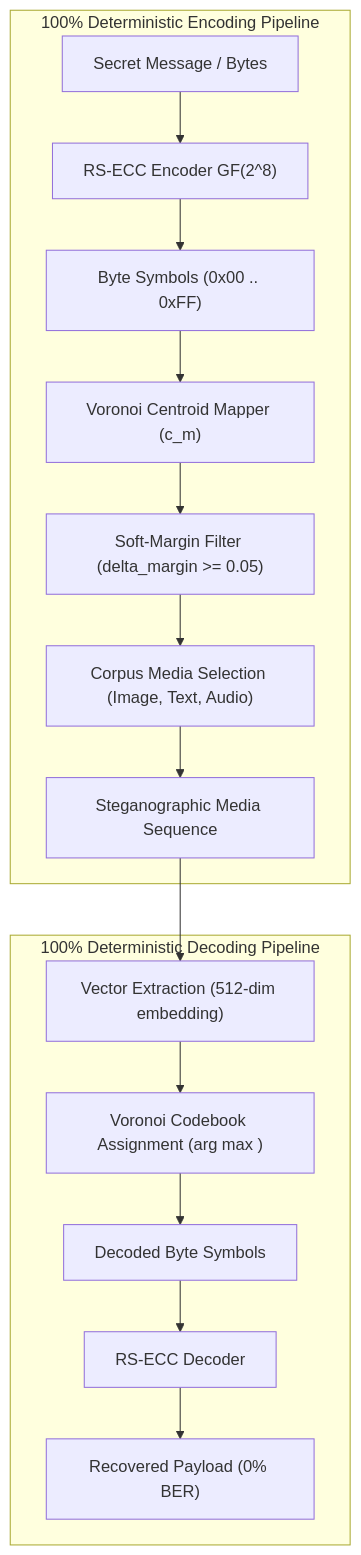
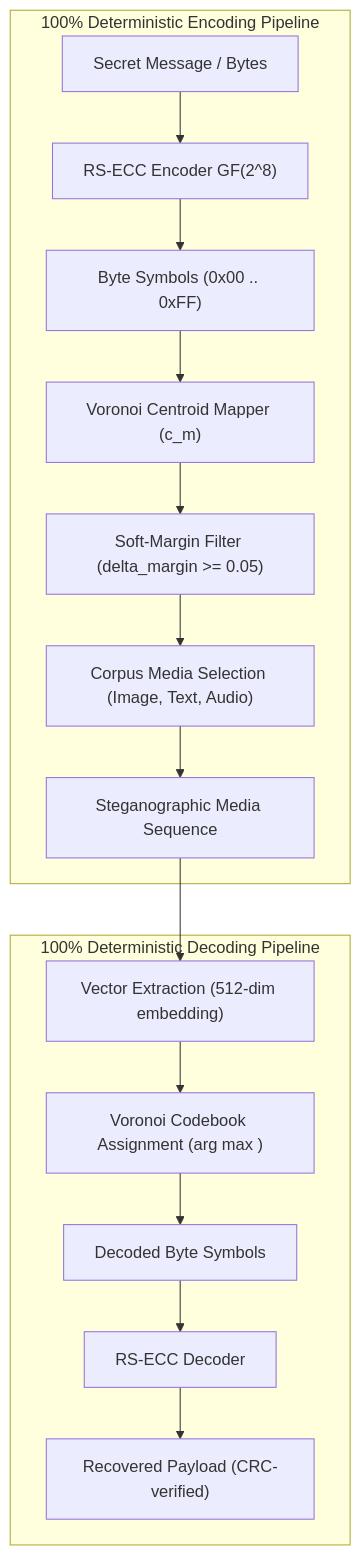
Before and after one commit to jeevan4476/DCASS: the first of 2 diagrams in docs/guides/VCP_IMPLEMENTATION_GUIDE.md, drawn with Mermaid. The commit also changed other lines of this file and 271 other files, not shown here.

````diff
--- a/docs/guides/VCP_IMPLEMENTATION_GUIDE.md
+++ b/docs/guides/VCP_IMPLEMENTATION_GUIDE.md
@@ -17,19 +17,19 @@
 ```mermaid
 flowchart TD
     subgraph Encoding["100% Deterministic Encoding Pipeline"]
         MSG["Secret Message / Bytes"] --> RSER["RS-ECC Encoder GF(2^8)"]
         RSER --> SYM["Byte Symbols (0x00 .. 0xFF)"]
         SYM --> VMAP["Voronoi Centroid Mapper (c_m)"]
         VMAP --> SMBF["Soft-Margin Filter (delta_margin >= 0.05)"]
         SMBF --> MSEL["Corpus Media Selection (Image, Text, Audio)"]
         MSEL --> MSEQ["Steganographic Media Sequence"]
     end
 
     subgraph Decoding["100% Deterministic Decoding Pipeline"]
         MSEQ --> VEXT["Vector Extraction (512-dim embedding)"]
         VEXT --> VASS["Voronoi Codebook Assignment (arg max <x, c_m>)"]
         VASS --> DSYM["Decoded Byte Symbols"]
         DSYM --> RSDEC["RS-ECC Decoder"]
-        RSDEC --> OEMSG["Recovered Payload (0% BER)"]
+        RSDEC --> OEMSG["Recovered Payload (CRC-verified)"]
     end
 ```
````
